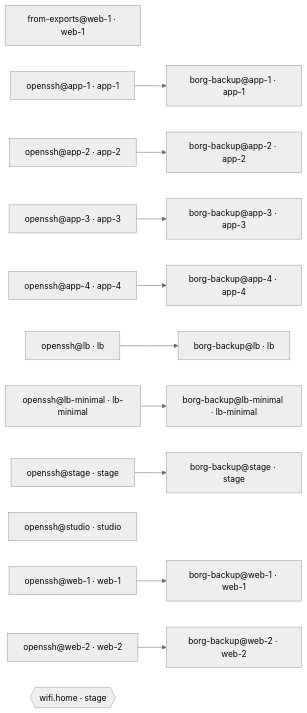
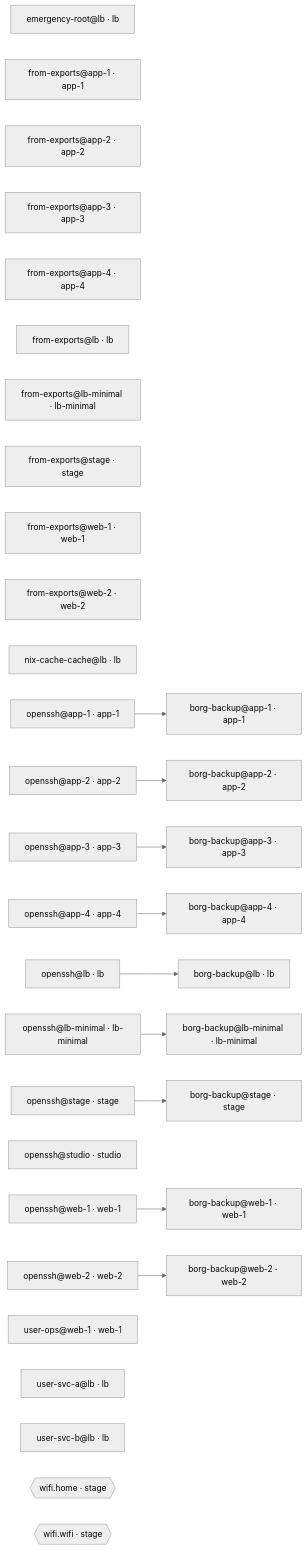
The seventh of 12 diagrams in templates/fleet/README.md (vic/sven), drawn with Mermaid (neutral theme) before and after one commit. The commit also changed other lines of this file and 106 other files, not shown here.

````diff
--- a/templates/fleet/README.md
+++ b/templates/fleet/README.md
@@ -1169,33 +1262,47 @@
 ```mermaid
 flowchart LR
   n74bd4a0a3c["borg-backup@app-1 · app-1"]
   n77b243f0ea["borg-backup@app-2 · app-2"]
   ne06c6af0c5["borg-backup@app-3 · app-3"]
   ncf2b33ee93["borg-backup@app-4 · app-4"]
   nc6bd2b6cfb["borg-backup@lb · lb"]
   n1c995d288a["borg-backup@lb-minimal · lb-minimal"]
   nb7d1d194e5["borg-backup@stage · stage"]
   nb998136565["borg-backup@web-1 · web-1"]
   nd0e0d1b2da["borg-backup@web-2 · web-2"]
+  nff8f88d8e5["emergency-root@lb · lb"]
+  n5f79aef85b["from-exports@app-1 · app-1"]
+  nb90207c74c["from-exports@app-2 · app-2"]
+  ne4c1b9a8e6["from-exports@app-3 · app-3"]
+  ncd62284531["from-exports@app-4 · app-4"]
+  n0dc1ba5f5c["from-exports@lb · lb"]
+  ndaecd2efa1["from-exports@lb-minimal · lb-minimal"]
+  nfaf6ce696f["from-exports@stage · stage"]
   ne351d50168["from-exports@web-1 · web-1"]
+  n8f8b285928["from-exports@web-2 · web-2"]
+  n92a2d506cf["nix-cache-cache@lb · lb"]
   n100bbb9e62["openssh@app-1 · app-1"]
   nc571bbff1f["openssh@app-2 · app-2"]
   n4d8486d320["openssh@app-3 · app-3"]
   n3468fb4feb["openssh@app-4 · app-4"]
   n7e7d3468bc["openssh@lb · lb"]
   na4fea78605["openssh@lb-minimal · lb-minimal"]
   n5fc666537c["openssh@stage · stage"]
   n5ead2d910f["openssh@studio · studio"]
   n914f0bf04d["openssh@web-1 · web-1"]
   nb4ef6d445f["openssh@web-2 · web-2"]
+  n1e6348f50a["user-ops@web-1 · web-1"]
+  n5bf3ea6cc8["user-svc-a@lb · lb"]
+  n6e0ffb2ea1["user-svc-b@lb · lb"]
   n232f52aea6{{"wifi.home · stage"}}
+  neca8350936{{"wifi.wifi · stage"}}
   n100bbb9e62 --> n74bd4a0a3c
   nc571bbff1f --> n77b243f0ea
   n4d8486d320 --> ne06c6af0c5
   n3468fb4feb --> ncf2b33ee93
   n7e7d3468bc --> nc6bd2b6cfb
   na4fea78605 --> n1c995d288a
   n5fc666537c --> nb7d1d194e5
   n914f0bf04d --> nb998136565
   nb4ef6d445f --> nd0e0d1b2da
 ```
````
